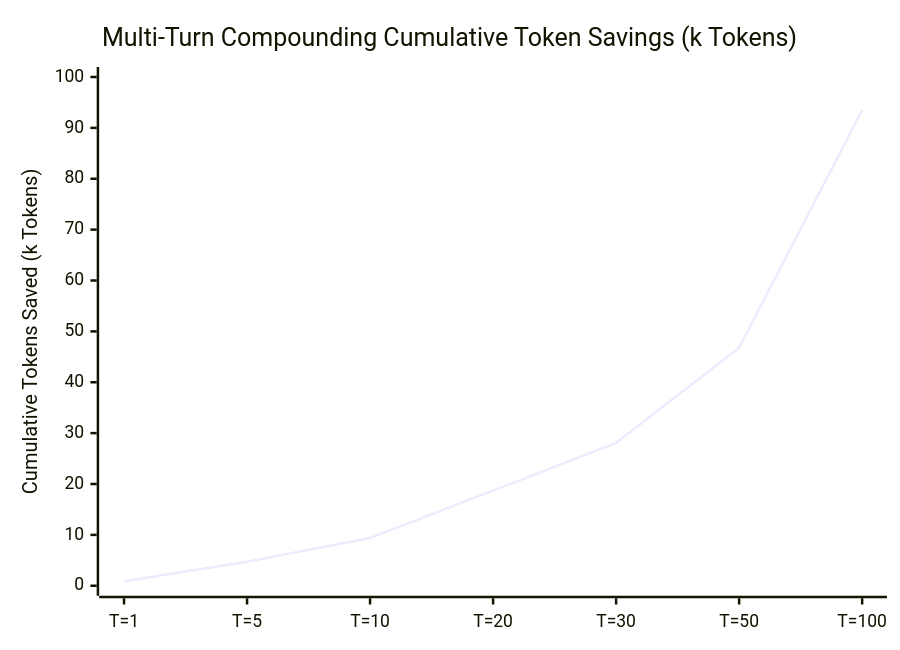
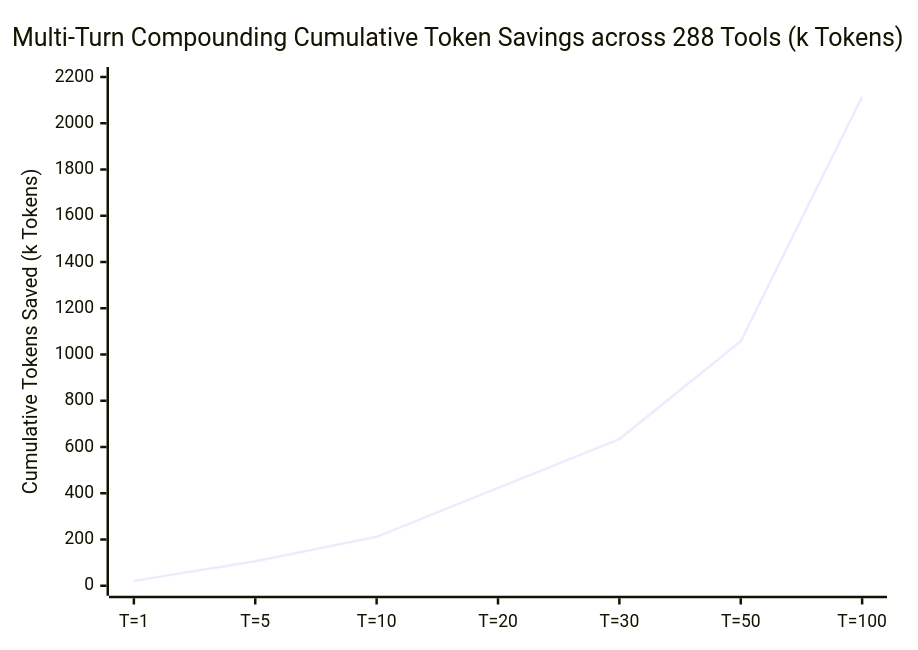
The second of 2 diagrams in README.md (open-stl/openstellar-tool-search), drawn with Mermaid before and after one commit. The commit also changed other lines of this file and 8 other files, not shown here.

````diff
--- a/README.md
+++ b/README.md
@@ -305,7 +306,7 @@
 ```mermaid
 xychart-beta
-    title "Multi-Turn Compounding Cumulative Token Savings (k Tokens)"
+    title "Multi-Turn Compounding Cumulative Token Savings across 288 Tools (k Tokens)"
     x-axis ["T=1", "T=5", "T=10", "T=20", "T=30", "T=50", "T=100"]
-    y-axis "Cumulative Tokens Saved (k Tokens)" 0 --> 100
-    line [0.9, 4.7, 9.4, 18.7, 28.1, 46.8, 93.5]
+    y-axis "Cumulative Tokens Saved (k Tokens)" 0 --> 2200
+    line [21.1, 105.7, 211.5, 422.9, 634.4, 1057.4, 2114.8]
 ```
````
